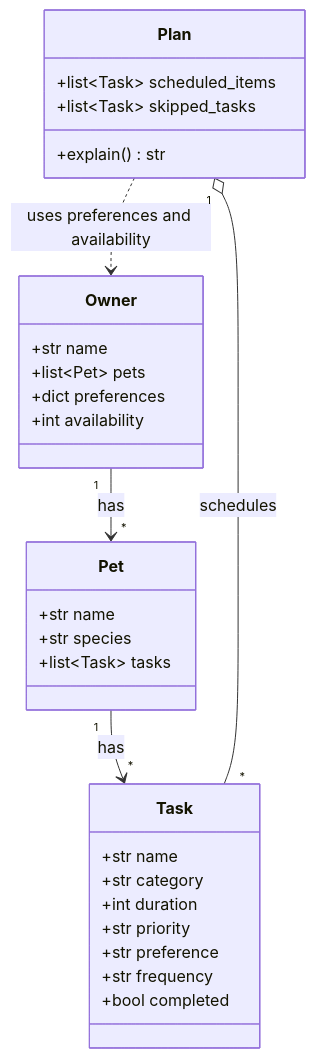
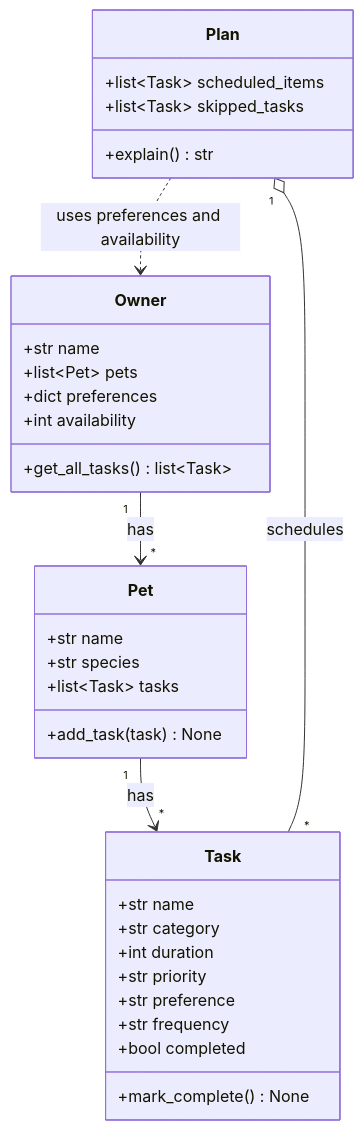
Before and after one commit to cdalangin/ai110-module2show-pawpal-starter: the diagram in diagrams/uml_draft.mmd, drawn with Mermaid. The commit also changed 2 other files, not shown here.

```diff
--- a/diagrams/uml_draft.mmd
+++ b/diagrams/uml_draft.mmd
@@ -1,34 +1,37 @@
 classDiagram
     class Owner {
         +str name
         +list~Pet~ pets
         +dict preferences
         +int availability
+        +get_all_tasks() list~Task~
     }
 
     class Pet {
         +str name
         +str species
         +list~Task~ tasks
+        +add_task(task) None
     }
 
     class Task {
         +str name
         +str category
         +int duration
         +str priority
         +str preference
         +str frequency
         +bool completed
+        +mark_complete() None
     }
 
     class Plan {
         +list~Task~ scheduled_items
         +list~Task~ skipped_tasks
         +explain() str
     }
 
     Owner "1" --> "*" Pet : has
     Pet "1" --> "*" Task : has
     Plan "1" o-- "*" Task : schedules
     Plan ..> Owner : uses preferences and availability
```
